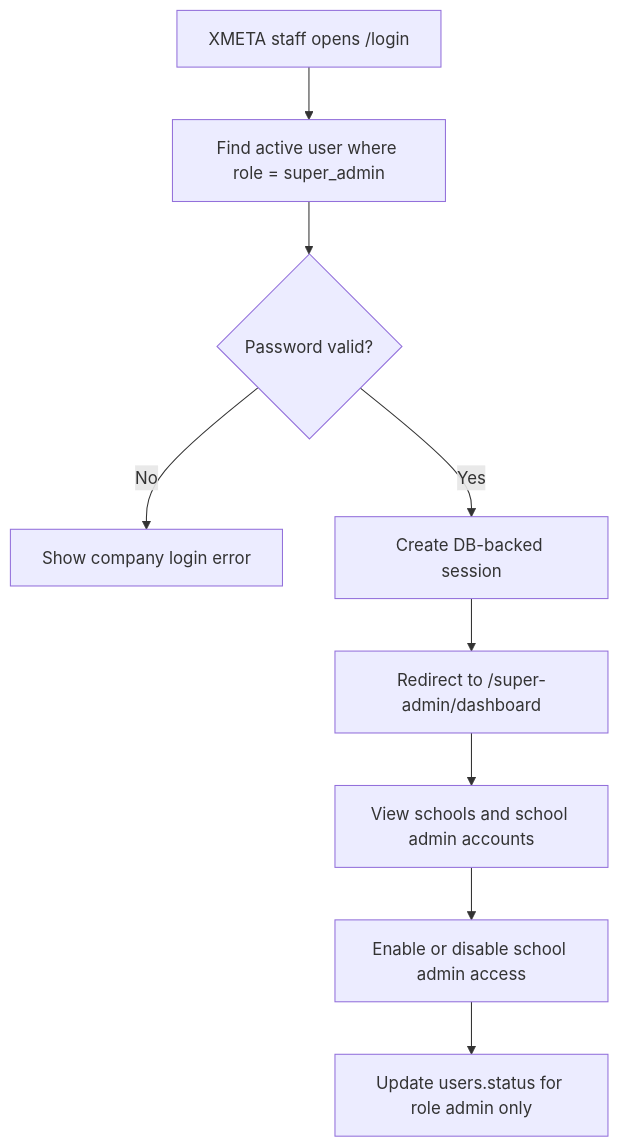
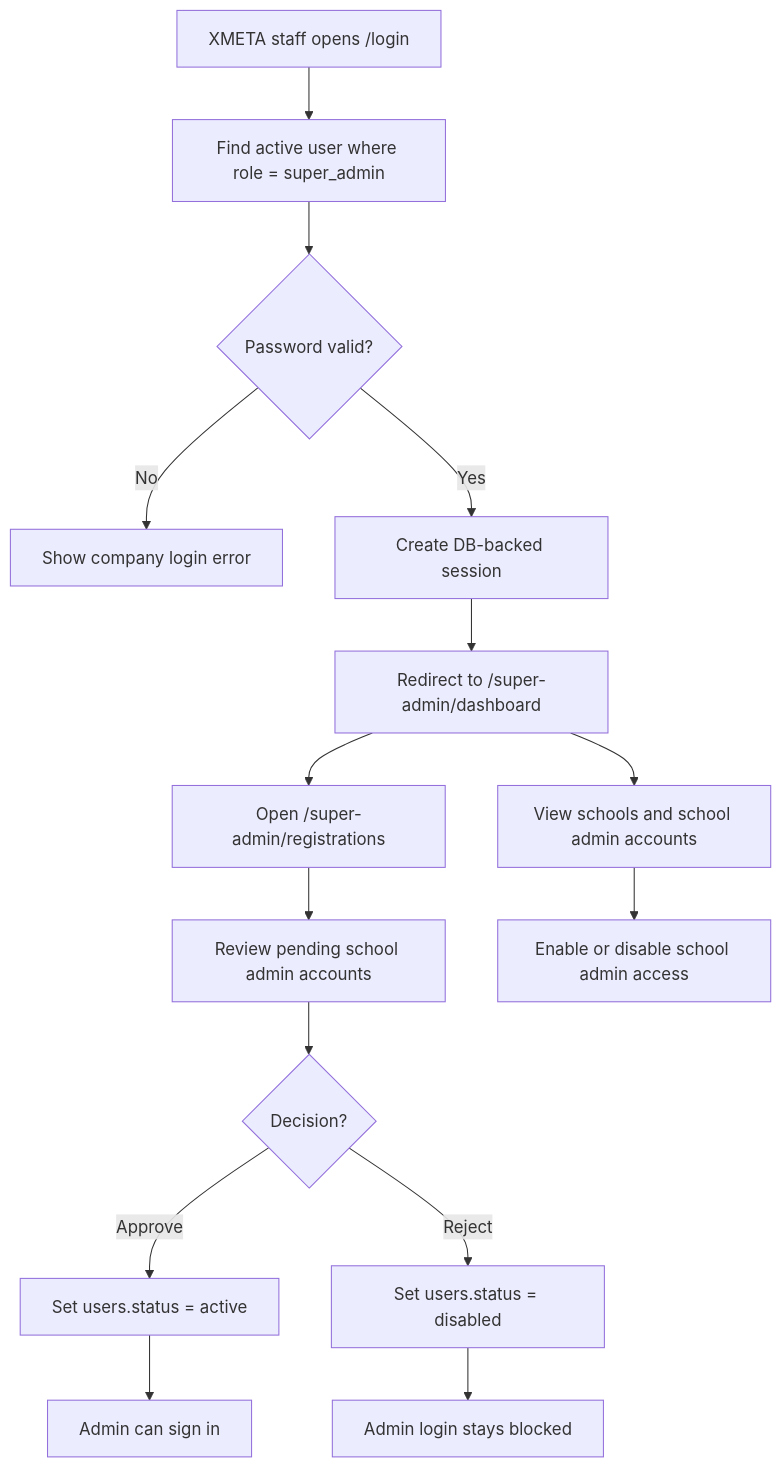
Before and after one commit to Xeyn19/xmetapay: the second of 21 diagrams in docs/PROJECT_FLOWCHARTS.md, drawn with Mermaid. The commit also changed other lines of this file and 14 other files, not shown here.

````diff
--- a/docs/PROJECT_FLOWCHARTS.md
+++ b/docs/PROJECT_FLOWCHARTS.md
@@ -108,11 +111,17 @@
 ```mermaid
 flowchart TD
   A["XMETA staff opens /login"] --> B["Find active user where role = super_admin"]
   B --> C{"Password valid?"}
   C -->|No| D["Show company login error"]
   C -->|Yes| E["Create DB-backed session"]
   E --> F["Redirect to /super-admin/dashboard"]
-  F --> G["View schools and school admin accounts"]
-  G --> H["Enable or disable school admin access"]
-  H --> I["Update users.status for role admin only"]
+  F --> G["Open /super-admin/registrations"]
+  G --> H["Review pending school admin accounts"]
+  H --> I{"Decision?"}
+  I -->|Approve| J["Set users.status = active"]
+  I -->|Reject| K["Set users.status = disabled"]
+  J --> L["Admin can sign in"]
+  K --> M["Admin login stays blocked"]
+  F --> N["View schools and school admin accounts"]
+  N --> O["Enable or disable school admin access"]
 ```
````
